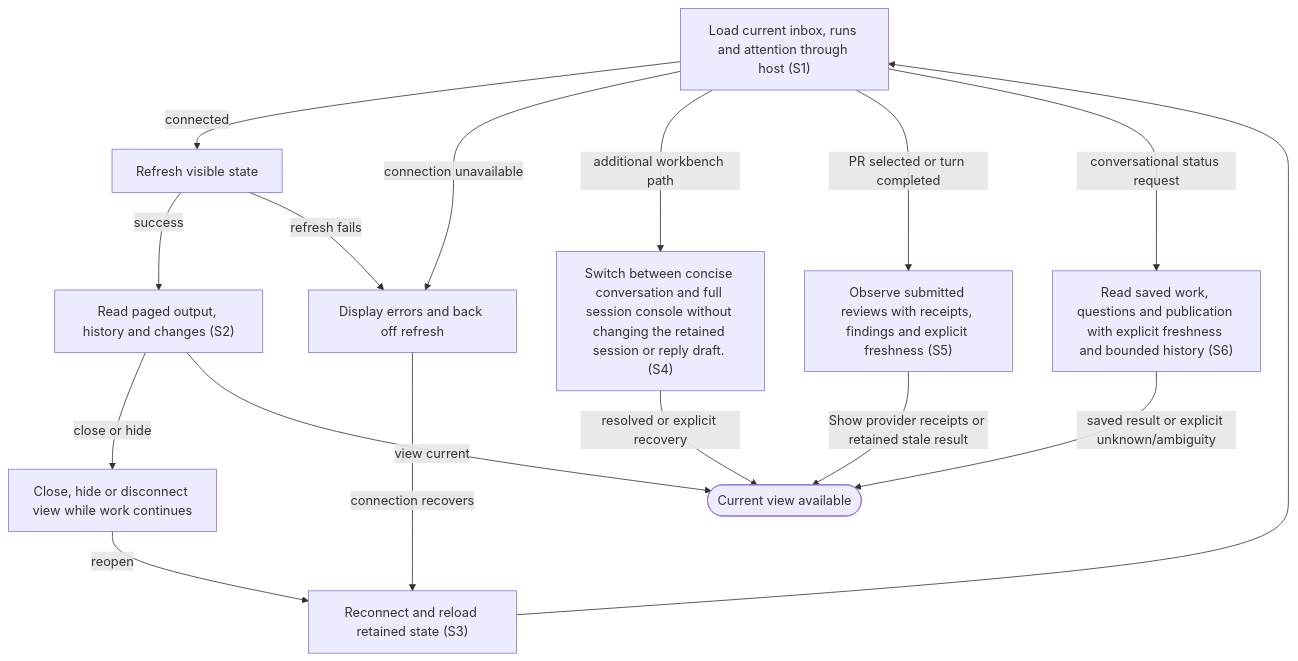
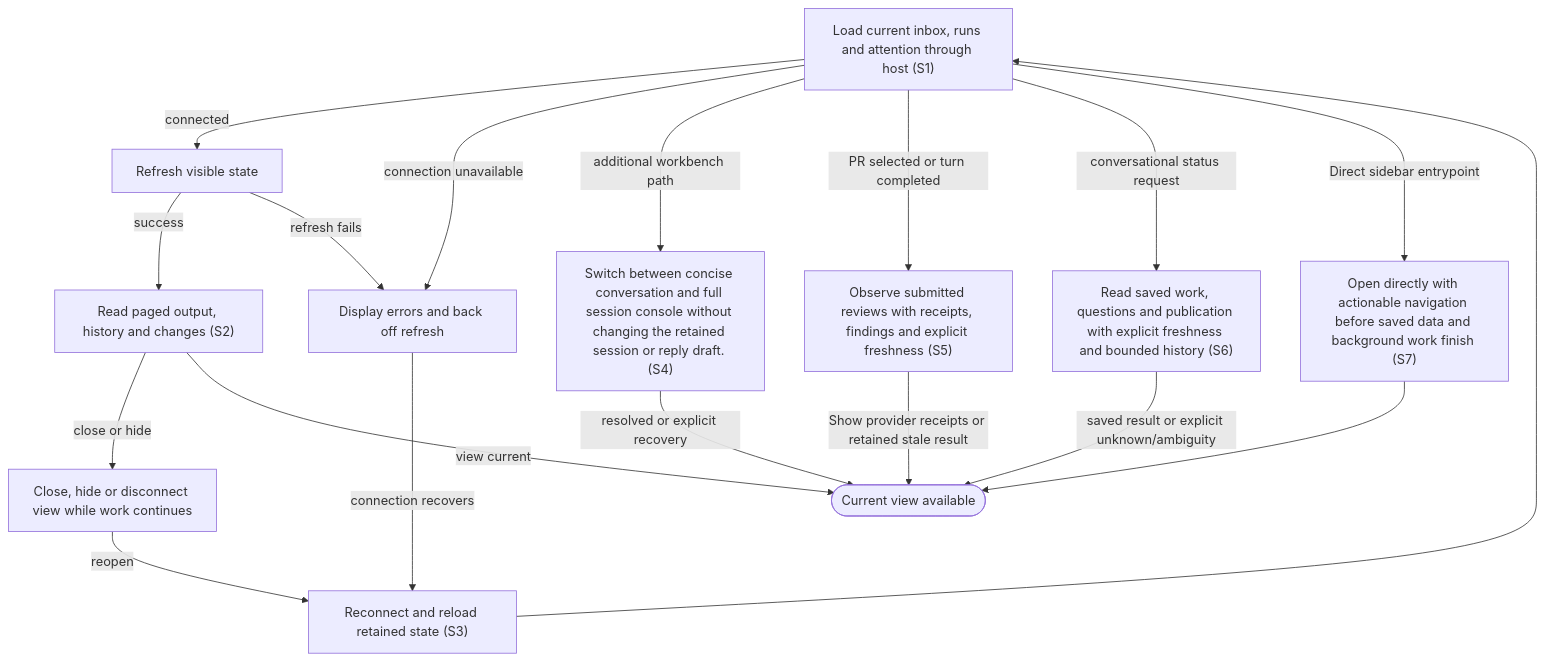
One commit to dk-code-factory/code-factory-plugin changed the diagram in docs/user-flows/view-live-work.md. Above: the diagram before and after it, drawn with Mermaid. The commit also changed other lines of this file and 73 other files, not shown here.

First line of the commit message:
Open saved state directly from the sidebar

````diff
--- a/docs/user-flows/view-live-work.md
+++ b/docs/user-flows/view-live-work.md
@@ -52,28 +54,31 @@
 ```mermaid
 flowchart TD
     N0["Load current inbox, runs and attention through host #40;S1#41;"]
     N1["Refresh visible state"]
     N2["Read paged output, history and changes #40;S2#41;"]
     N3["Close, hide or disconnect view while work continues"]
     N4["Display errors and back off refresh"]
     N5["Reconnect and reload retained state #40;S3#41;"]
     N6(["Current view available"])
     N7["Switch between concise conversation and full session console without changing the retained session or reply draft. #40;S4#41;"]
     N8["Observe submitted reviews with receipts, findings and explicit freshness #40;S5#41;"]
     N9["Read saved work, questions and publication with explicit freshness and bounded history #40;S6#41;"]
+    N10["Open directly with actionable navigation before saved data and background work finish #40;S7#41;"]
     N0 -->|"connected"| N1
     N0 -->|"connection unavailable"| N4
     N1 -->|"success"| N2
     N1 -->|"refresh fails"| N4
     N2 -->|"close or hide"| N3
     N3 -->|"reopen"| N5
     N4 -->|"connection recovers"| N5
     N5 --> N0
     N2 -->|"view current"| N6
     N0 -->|"additional workbench path"| N7
     N7 -->|"resolved or explicit recovery"| N6
     N0 -->|"PR selected or turn completed"| N8
     N8 -->|"Show provider receipts or retained stale result"| N6
     N0 -->|"conversational status request"| N9
     N9 -->|"saved result or explicit unknown/ambiguity"| N6
+    N0 -->|"Direct sidebar entrypoint"| N10
+    N10 --> N6
 ```
````
